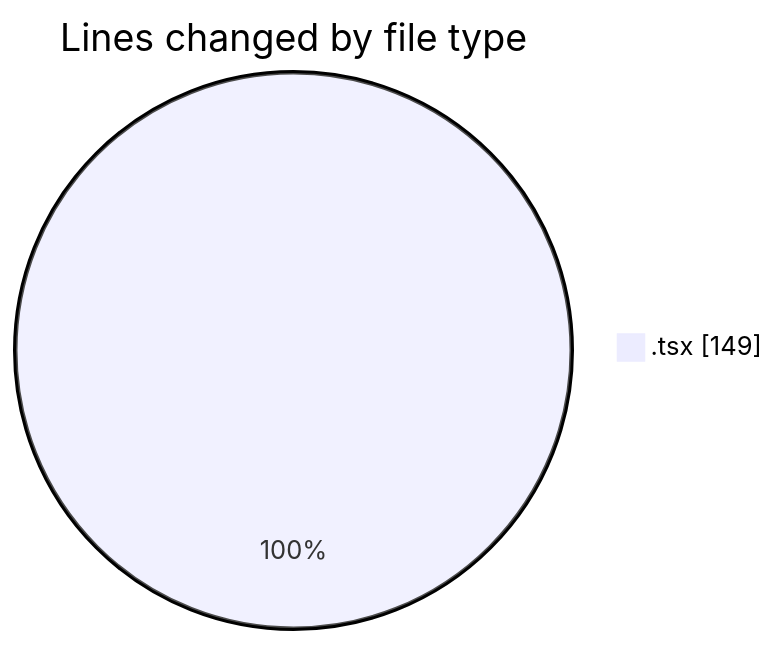
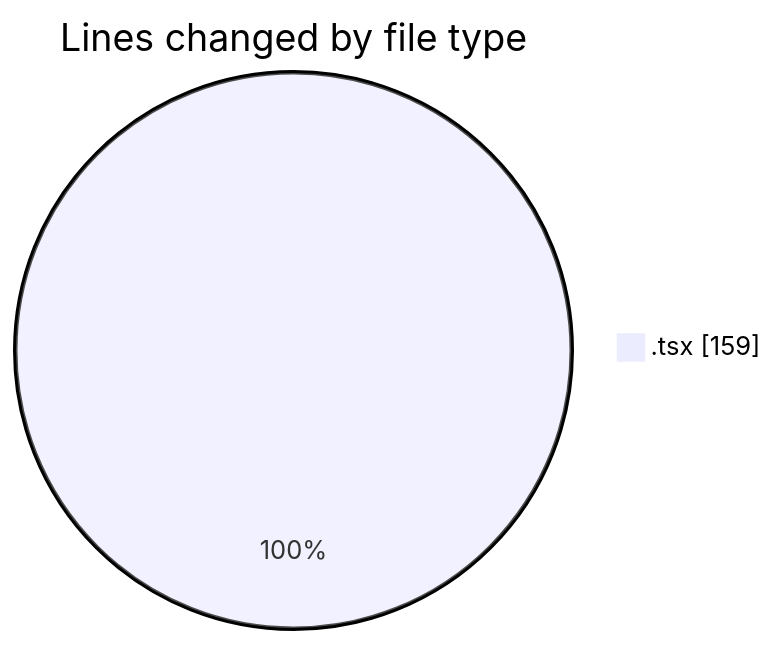
One commit to robertbonfada/code-tracking changed the first of 2 diagrams in 2025-02-04/mbc-web/README.md. Above: the diagram before and after it, drawn with Mermaid. The commit also changed other lines of this file and 1 other file, not shown here.

````diff
--- a/2025-02-04/mbc-web/README.md
+++ b/2025-02-04/mbc-web/README.md
@@ -22,5 +22,5 @@
 ```mermaid
 pie showData
 title Lines changed by file type
-".tsx" : 149
+".tsx" : 159
 ```
````
